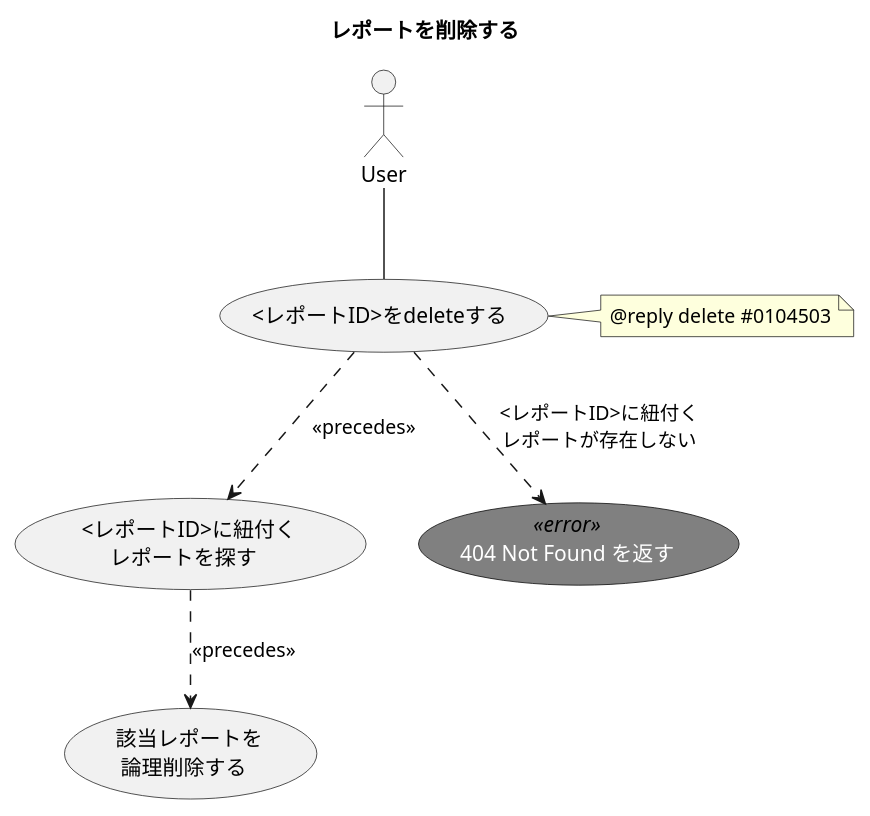
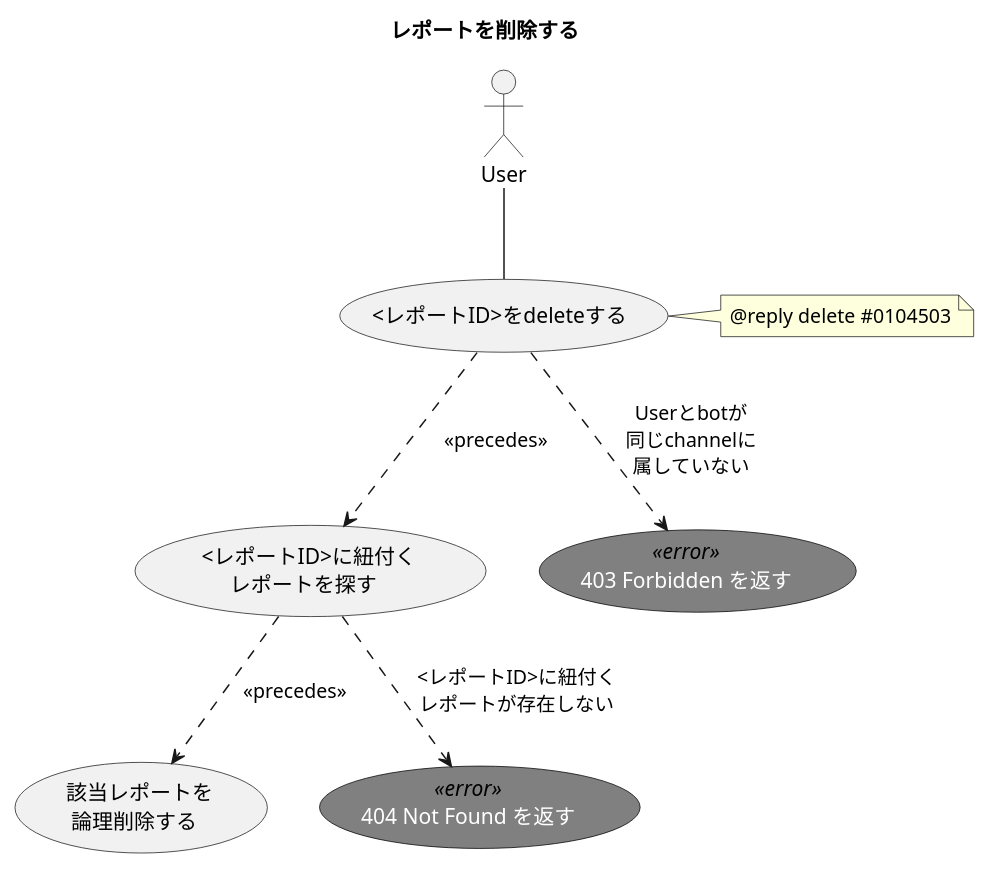
One commit to ito-masam/kpt-guard.doc changed the diagram in 1.design/2.usecases/delete-report.md. Above: the diagram before and after it, drawn with PlantUML. The commit also changed 6 other files, not shown here.

```diff
--- a/1.design/2.usecases/delete-report.md
+++ b/1.design/2.usecases/delete-report.md
@@ -1,28 +1,31 @@
 @startuml
 
     ' ----------- meta
     title レポートを削除する
 
     skinparam usecase {
       FontColor<<error>> white
       FontName<<error>> Verdana
       BackgroundColor<<error>> gray
       BorderColor<<error>> black
     }
 
     actor User
 
     ' ----------- main
     User -- ( <レポートID>をdeleteする )
     ( <レポートID>をdeleteする ) ..> ( <レポートID>に紐付く\nレポートを探す ) : << precedes >>
     ( <レポートID>に紐付く\nレポートを探す ) ..> ( 該当レポートを\n論理削除する ) : << precedes >>
 
     note right of ( <レポートID>をdeleteする )
       @reply delete #0104503
     end note
 
     ' ----------- alternative
+    ( 403 Forbidden を返す ) <<error>>
+    ( <レポートID>をdeleteする ) ..> ( 403 Forbidden を返す ) : Userとbotが\n同じchannelに\n属していない
+
     ( 404 Not Found を返す ) <<error>>
-    ( <レポートID>をdeleteする ) ..> ( 404 Not Found を返す ) : <レポートID>に紐付く\nレポートが存在しない
+    ( <レポートID>に紐付く\nレポートを探す ) ..> ( 404 Not Found を返す ) : <レポートID>に紐付く\nレポートが存在しない
 
 @enduml
```
